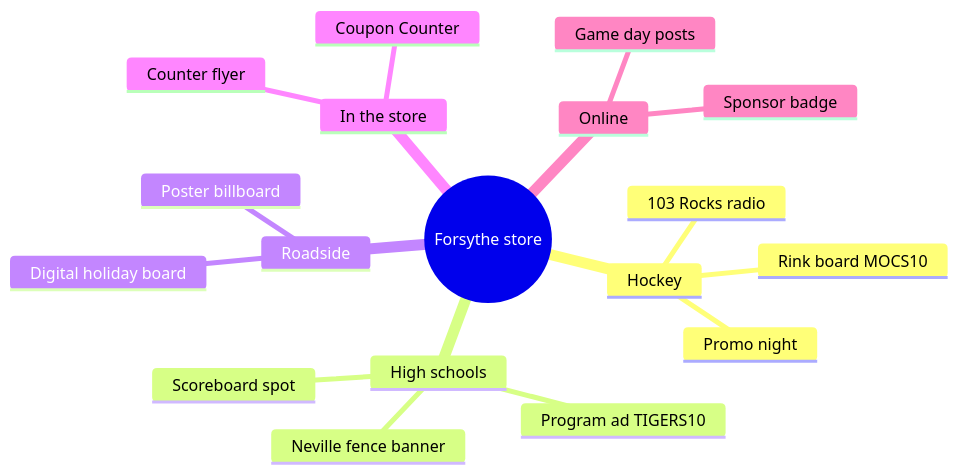
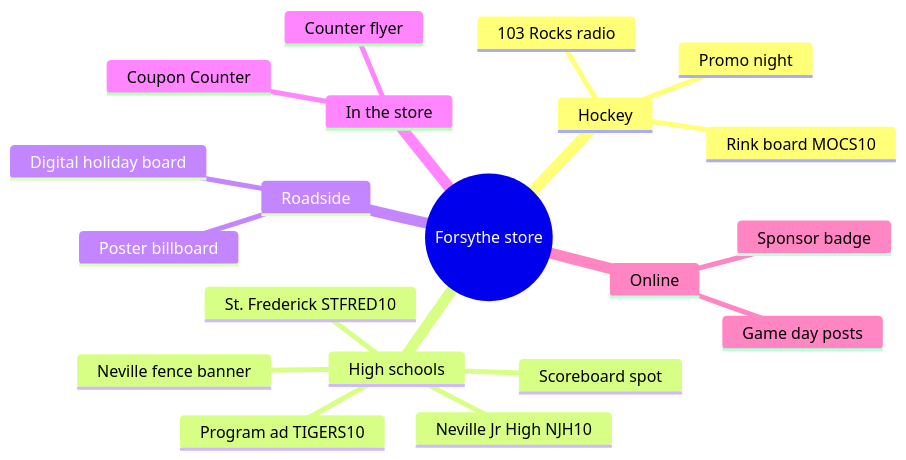
The first of 17 diagrams in README.md (wbp318/goin-postal-forsythe), drawn with Mermaid before and after one commit. The commit also changed other lines of this file and 54 other files, not shown here.

````diff
--- a/README.md
+++ b/README.md
@@ -27,21 +29,23 @@
 ```mermaid
 mindmap
   root((Forsythe store))
     Hockey
       Rink board MOCS10
       Promo night
       103 Rocks radio
     High schools
       Neville fence banner
       Program ad TIGERS10
+      Neville Jr High NJH10
+      St. Frederick STFRED10
       Scoreboard spot
     Roadside
       Poster billboard
       Digital holiday board
     In the store
       Counter flyer
       Coupon Counter
     Online
       Game day posts
       Sponsor badge
 ```
````
